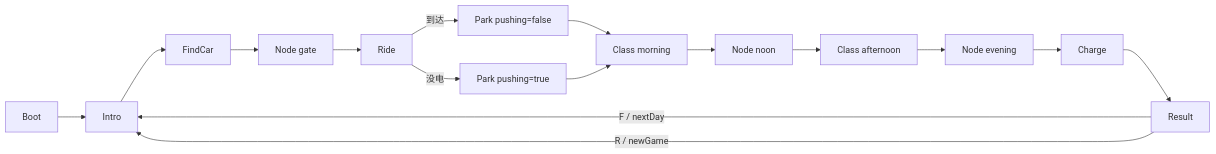
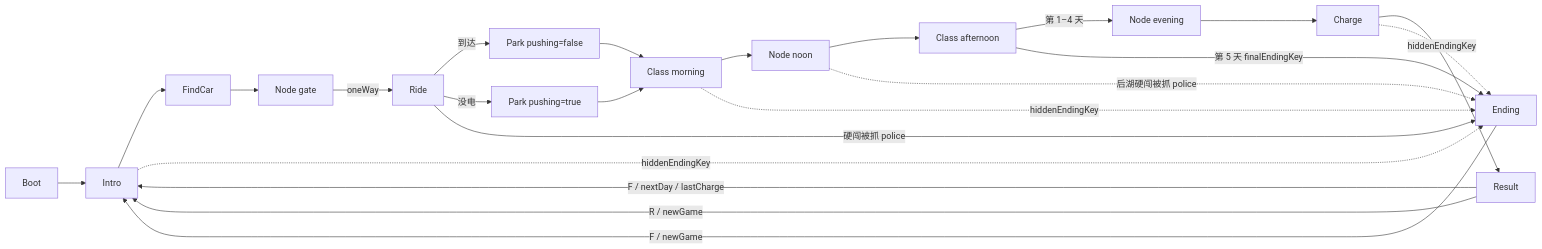
The second of 2 diagrams in doc/架构设计.md (godmiao760-afk/A-Day-of-an-Electric-Bike-CSU), drawn with Mermaid before and after one commit. The commit also changed other lines of this file and 23 other files, not shown here.

````diff
--- a/doc/架构设计.md
+++ b/doc/架构设计.md
@@ -381,17 +456,24 @@
 ```mermaid
 flowchart LR
     Boot --> Intro --> FindCar
     FindCar --> Gate[Node gate]
-    Gate --> Ride
+    Gate -->|oneWay| Ride
     Ride -->|到达| ParkRide[Park pushing=false]
     Ride -->|没电| ParkPush[Park pushing=true]
     ParkRide --> Morning[Class morning]
     ParkPush --> Morning
     Morning --> Noon[Node noon]
     Noon --> Afternoon[Class afternoon]
-    Afternoon --> Evening[Node evening]
+    Afternoon -->|第 1–4 天| Evening[Node evening]
+    Afternoon -->|第 5 天 finalEndingKey| Ending
     Evening --> Charge
     Charge --> Result
-    Result -->|F / nextDay| Intro
+    Result -->|F / nextDay / lastCharge| Intro
     Result -->|R / newGame| Intro
+    Ride -->|硬闯被抓 police| Ending
+    Noon -.->|后湖硬闯被抓 police| Ending
+    Intro -.->|hiddenEndingKey| Ending
+    Morning -.->|hiddenEndingKey| Ending
+    Charge -.->|hiddenEndingKey| Ending
+    Ending -->|F / newGame| Intro
 ```
````
